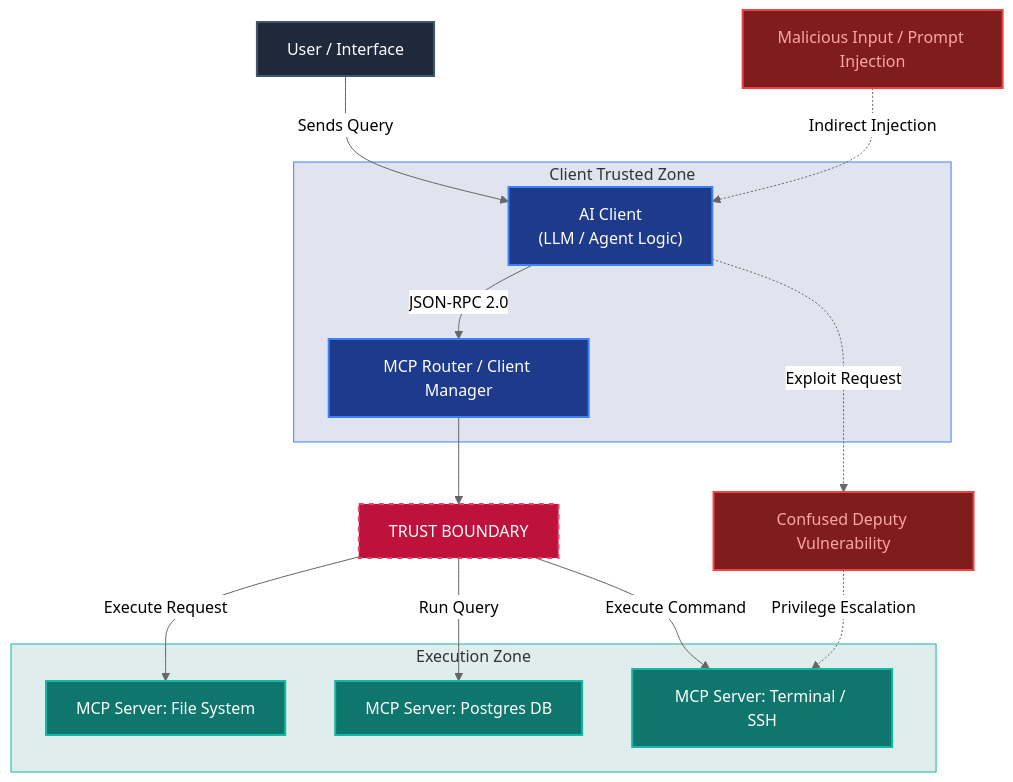
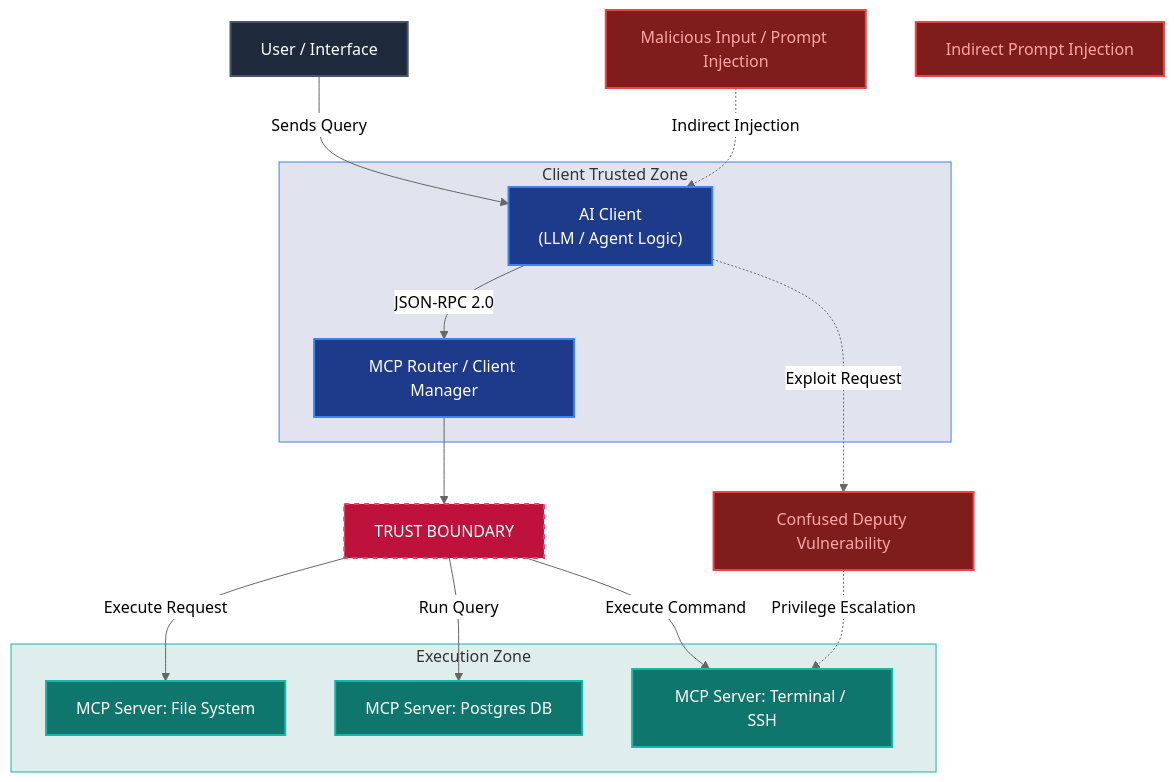
The diagram in website/content/agentic-ai-protocols-security-vulnerabilities/en.md (yusufarbc/yusufarbc), drawn with Mermaid (neutral theme) before and after one commit. The commit also changed other lines of this file and 112 other files, not shown here.

Commit message:
feat: add comprehensive documentation, research papers, and technical examples for MCP security protocols and architecture.

````diff
--- a/website/content/agentic-ai-protocols-security-vulnerabilities/en.md
+++ b/website/content/agentic-ai-protocols-security-vulnerabilities/en.md
@@ -23,44 +23,45 @@
 ```mermaid
 graph TD
     %% Styling
     classDef user fill:#1e293b,stroke:#475569,stroke-width:2px,color:#fff;
     classDef client fill:#1e3a8a,stroke:#3b82f6,stroke-width:2px,color:#fff;
     classDef boundary fill:#be123c,stroke:#f43f5e,stroke-width:2px,color:#fff,stroke-dasharray: 5 5;
     classDef server fill:#0f766e,stroke:#14b8a6,stroke-width:2px,color:#fff;
     classDef attack fill:#7f1d1d,stroke:#ef4444,stroke-width:2px,color:#fca5a5;
 
     User[User / Interface]:::user
     
     subgraph ClientZone [Client Trusted Zone]
         Client["AI Client <br/>(LLM / Agent Logic)"]:::client
         Router["MCP Router / Client Manager"]:::client
     end
 
     TB["TRUST BOUNDARY"]:::boundary
 
     subgraph TargetZone [Execution Zone]
         S_Env["MCP Server: File System"]:::server
         S_Db["MCP Server: Postgres DB"]:::server
         S_Term["MCP Server: Terminal / SSH"]:::server
     end
 
     %% Attack Vectors
     Attacker["Malicious Input / Prompt Injection"]:::attack
     Confused["Confused Deputy Vulnerability"]:::attack
+    Confused2["Indirect Prompt Injection"]:::attack
 
     %% Communication Flow
     User -->|Sends Query| Client
     Client -->|JSON-RPC 2.0| Router
     Router --> TB
     TB -->|Execute Request| S_Env
     TB -->|Run Query| S_Db
     TB -->|Execute Command| S_Term
 
     %% Attack Interactions
     Attacker -.->|Indirect Injection| Client
     Client -.->|Exploit Request| Confused
     Confused -.->|Privilege Escalation| S_Term
 
     style ClientZone fill:#1e3a8a22,stroke:#3b82f6,stroke-width:1px
     style TargetZone fill:#0f766e22,stroke:#14b8a6,stroke-width:1px
 ```
````
